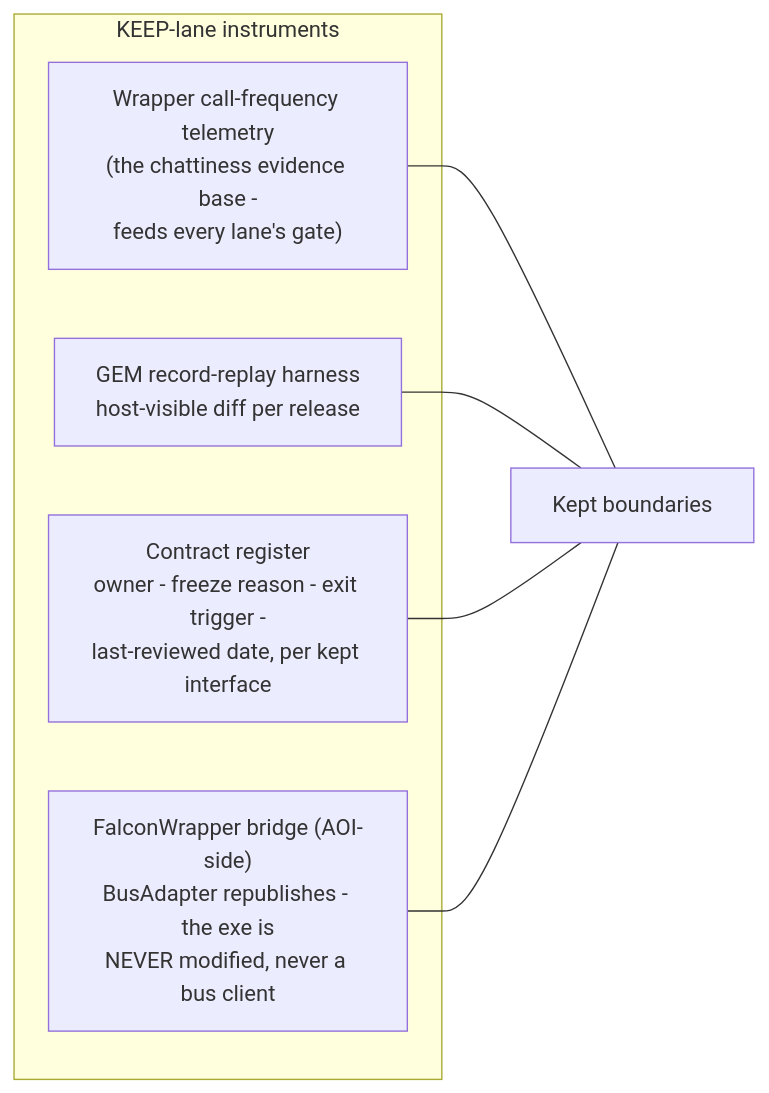
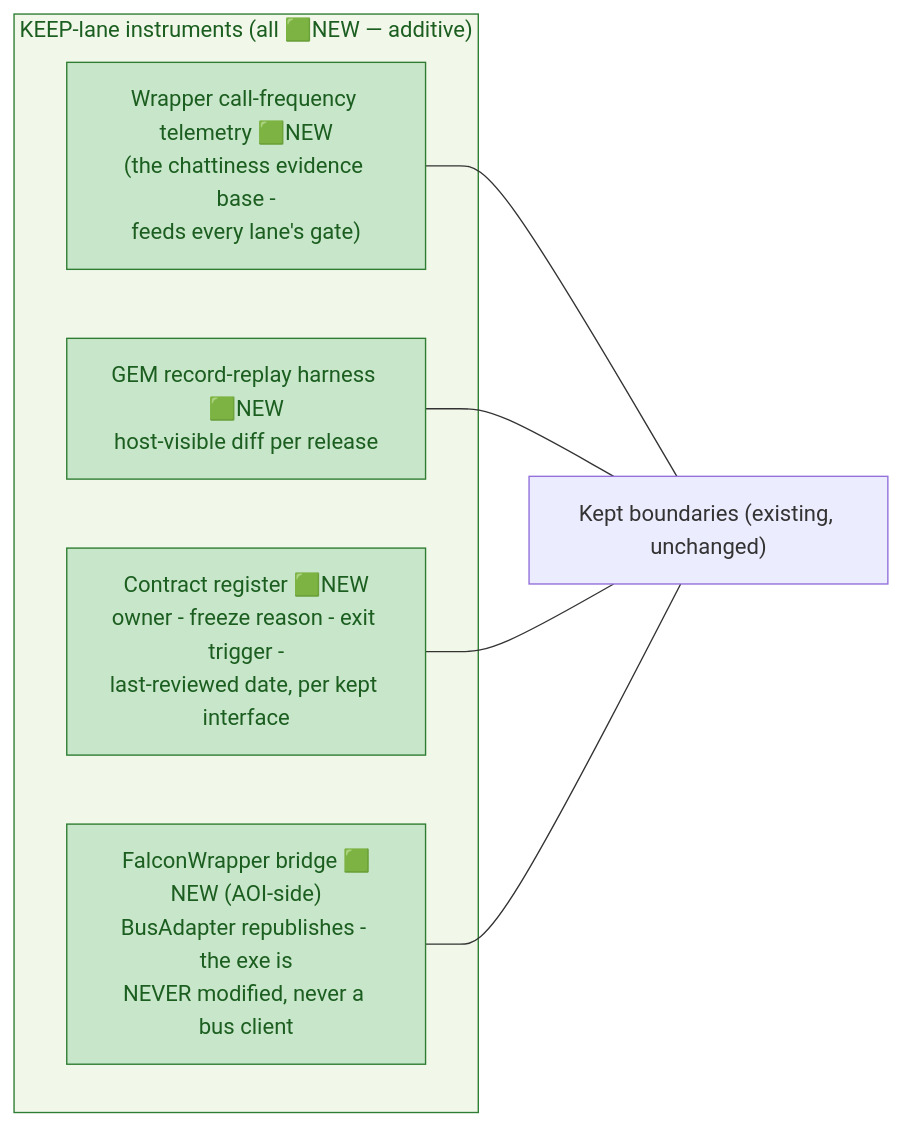
The ninth of 10 diagrams in stage/03-appendix-four-lanes.md (amitA-camtek/bus_gateway), drawn with Mermaid before and after one commit. The commit also changed other lines of this file and 11 other files, not shown here.

````diff
--- a/stage/03-appendix-four-lanes.md
+++ b/stage/03-appendix-four-lanes.md
@@ -354,14 +371,18 @@
 ```mermaid
 flowchart LR
-    subgraph D["KEEP-lane instruments"]
-        TEL["Wrapper call-frequency telemetry\n(the chattiness evidence base -\nfeeds every lane's gate)"]
-        RR["GEM record-replay harness\nhost-visible diff per release"]
-        REG["Contract register\nowner - freeze reason - exit trigger -\nlast-reviewed date, per kept interface"]
-        BRG["FalconWrapper bridge (AOI-side)\nBusAdapter republishes - the exe is\nNEVER modified, never a bus client"]
+    subgraph D["KEEP-lane instruments (all 🟩NEW — additive)"]
+        TEL["Wrapper call-frequency telemetry 🟩NEW\n(the chattiness evidence base -\nfeeds every lane's gate)"]
+        RR["GEM record-replay harness 🟩NEW\nhost-visible diff per release"]
+        REG["Contract register 🟩NEW\nowner - freeze reason - exit trigger -\nlast-reviewed date, per kept interface"]
+        BRG["FalconWrapper bridge 🟩NEW (AOI-side)\nBusAdapter republishes - the exe is\nNEVER modified, never a bus client"]
     end
-    COMK["Kept boundaries"]
+    COMK["Kept boundaries (existing, unchanged)"]
     TEL --- COMK
     RR --- COMK
     REG --- COMK
     BRG --- COMK
+
+    classDef new fill:#C8E6C9,stroke:#2E7D32,color:#1B5E20;
+    class TEL,RR,REG,BRG new;
+    style D fill:#F1F8E9,stroke:#2E7D32,color:#1B5E20;
 ```
````
